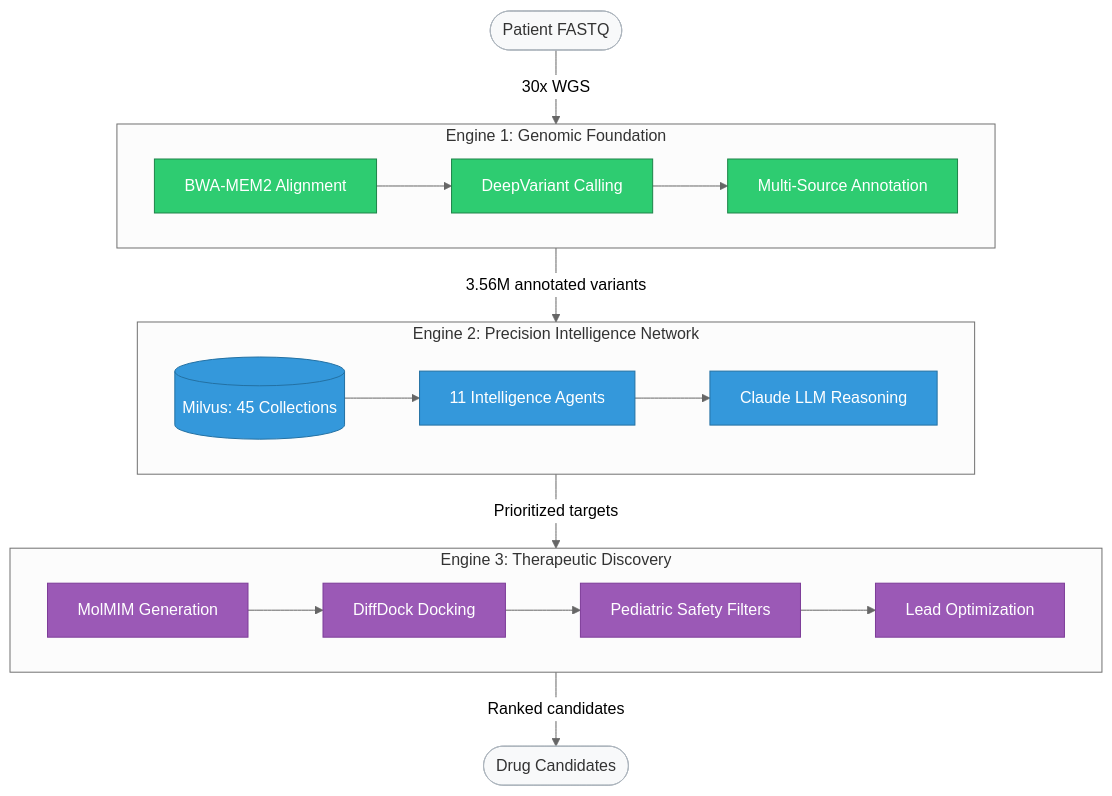
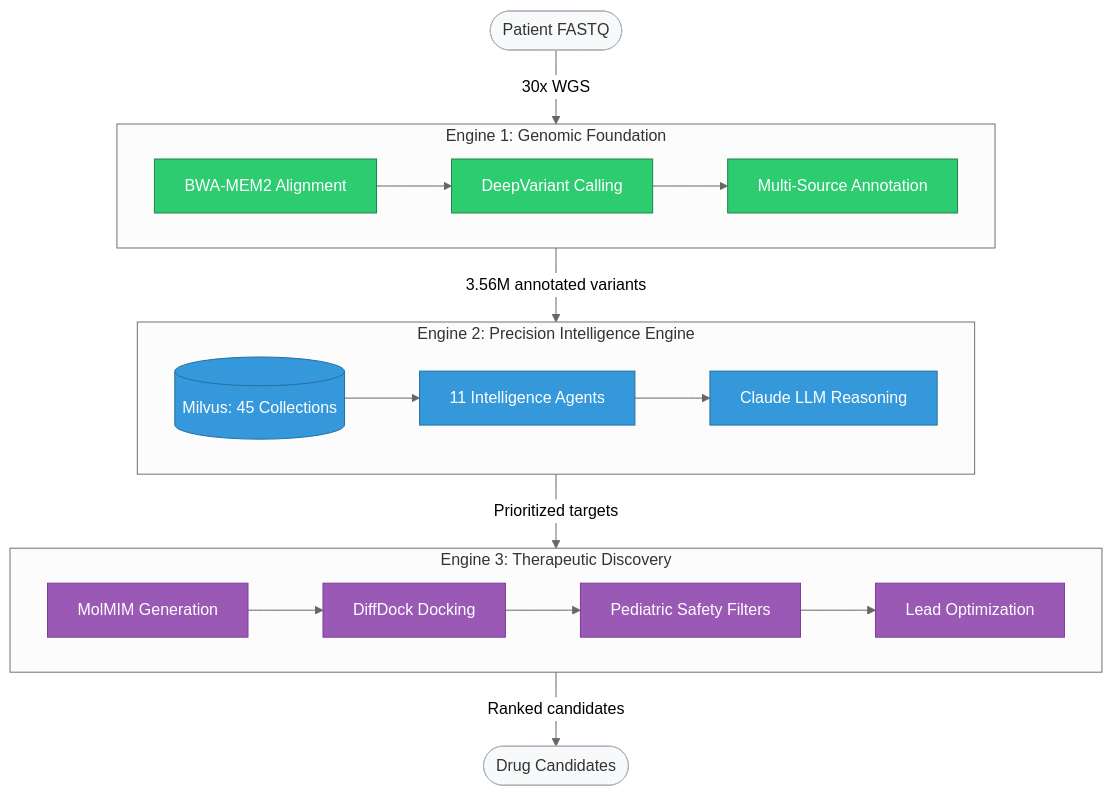
One commit to ajones1923/hcls-ai-factory changed the first of 2 diagrams in docs/HCLS_AI_FACTORY_ARCHITECTURE_DIAGRAM_RESEARCH.md. Above: the diagram before and after it, drawn with Mermaid (neutral theme). The commit also changed other lines of this file and 144 other files, not shown here.

````diff
--- a/docs/HCLS_AI_FACTORY_ARCHITECTURE_DIAGRAM_RESEARCH.md
+++ b/docs/HCLS_AI_FACTORY_ARCHITECTURE_DIAGRAM_RESEARCH.md
@@ -2216,35 +2216,35 @@
 ```mermaid
 graph TD
     classDef engine1 fill:#2ECC71,stroke:#1E8449,color:#fff
     classDef engine2 fill:#3498DB,stroke:#2471A3,color:#fff
     classDef engine3 fill:#9B59B6,stroke:#7D3C98,color:#fff
     classDef io fill:#F8F9FA,stroke:#ADB5BD,color:#333
 
     INPUT([Patient FASTQ]):::io
     OUTPUT([Drug Candidates]):::io
 
     subgraph E1["Engine 1: Genomic Foundation"]
         A1[BWA-MEM2 Alignment] --> A2[DeepVariant Calling]
         A2 --> A3[Multi-Source Annotation]
     end
 
-    subgraph E2["Engine 2: Precision Intelligence Network"]
+    subgraph E2["Engine 2: Precision Intelligence Engine"]
         B1[(Milvus: 45 Collections)] --> B2[11 Intelligence Agents]
         B2 --> B3[Claude LLM Reasoning]
     end
 
     subgraph E3["Engine 3: Therapeutic Discovery"]
         C1[MolMIM Generation] --> C2[DiffDock Docking]
         C2 --> C3[Pediatric Safety Filters]
         C3 --> C4[Lead Optimization]
     end
 
     INPUT -->|"30x WGS"| E1
     E1 -->|"3.56M annotated variants"| E2
     E2 -->|"Prioritized targets"| E3
     E3 -->|"Ranked candidates"| OUTPUT
 
     class A1,A2,A3 engine1
     class B1,B2,B3 engine2
     class C1,C2,C3,C4 engine3
 ```
````
